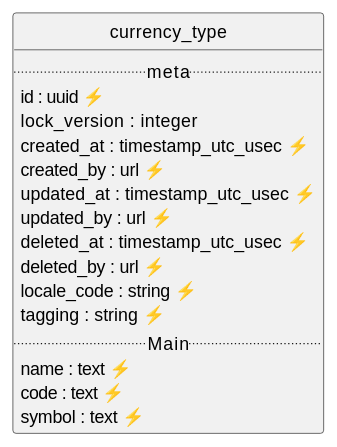
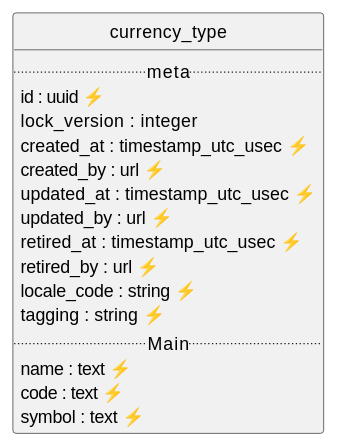
Before and after one commit to contactopensource/contactopensource: the diagram in api/currency_type/uml/uml.plantuml, drawn with PlantUML. The commit also changed 1018 other files, not shown here.

Commit message:
Rename from deleted_* into retired_*

```diff
--- a/api/currency_type/uml/uml.plantuml
+++ b/api/currency_type/uml/uml.plantuml
@@ -1,24 +1,24 @@
 @startuml uml
 skinparam monochrome true
 skinparam linetype ortho
 hide circle
 
 entity currency_type {
   .. meta ..
   id : uuid ⚡
   lock_version : integer
   created_at : timestamp_utc_usec ⚡
   created_by : url ⚡
   updated_at : timestamp_utc_usec ⚡
   updated_by : url ⚡
-  deleted_at : timestamp_utc_usec ⚡
-  deleted_by : url ⚡
+  retired_at : timestamp_utc_usec ⚡
+  retired_by : url ⚡
   locale_code : string ⚡
   tagging : string ⚡
   .. Main ..
   name : text ⚡
   code : text ⚡
   symbol : text ⚡
 }
 
 @enduml
```
